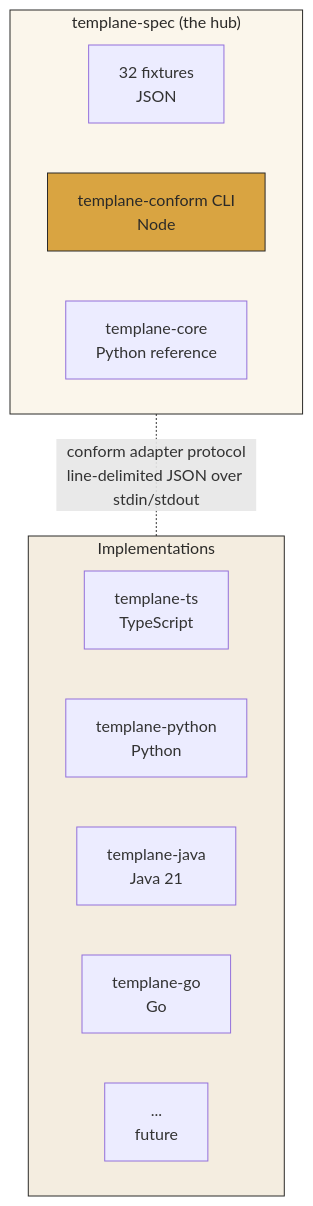
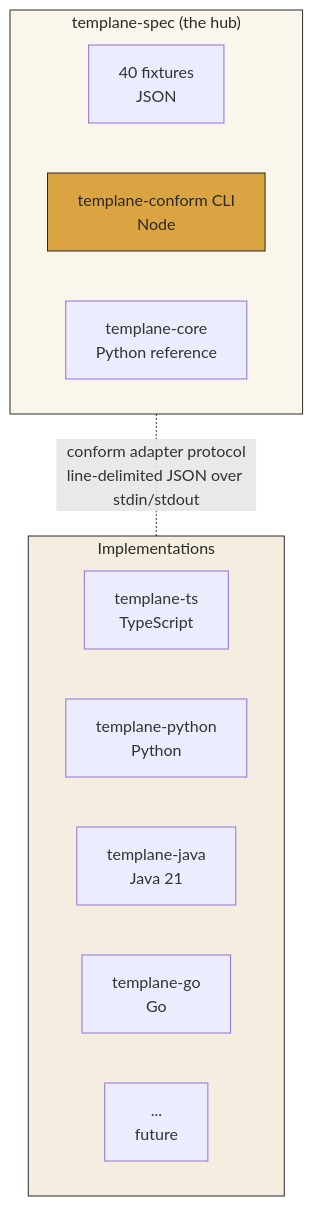
Before and after one commit to ereshzealous/Templane: the diagram in README.md, drawn with Mermaid. The commit also changed other lines of this file and 2 other files, not shown here.

First line of the commit message:
docs: phase 5 — sidecar framing shift + ADOPTION.md + architecture refresh

````diff
--- a/README.md
+++ b/README.md
@@ -200,23 +198,23 @@
 ```mermaid
 flowchart TB
     subgraph hub["templane-spec (the hub)"]
-        FIX[32 fixtures<br/>JSON]
+        FIX[40 fixtures<br/>JSON]
         CLI[templane-conform CLI<br/>Node]
         REF[templane-core<br/>Python reference]
     end
 
     hub -. conform adapter protocol<br/>line-delimited JSON over stdin/stdout .- impls
 
     subgraph impls["Implementations"]
         direction LR
         TS[templane-ts<br/>TypeScript]
         PY[templane-python<br/>Python]
         JAVA[templane-java<br/>Java 21]
         GO[templane-go<br/>Go]
         FUT[...<br/>future]
     end
 
     style hub fill:#FBF6EB,stroke:#2B2A28,color:#2B2A28
     style impls fill:#F4EDE0,stroke:#2B2A28,color:#2B2A28
     style CLI fill:#D9A441,color:#2B2A28,stroke:#2B2A28
 ```
````
